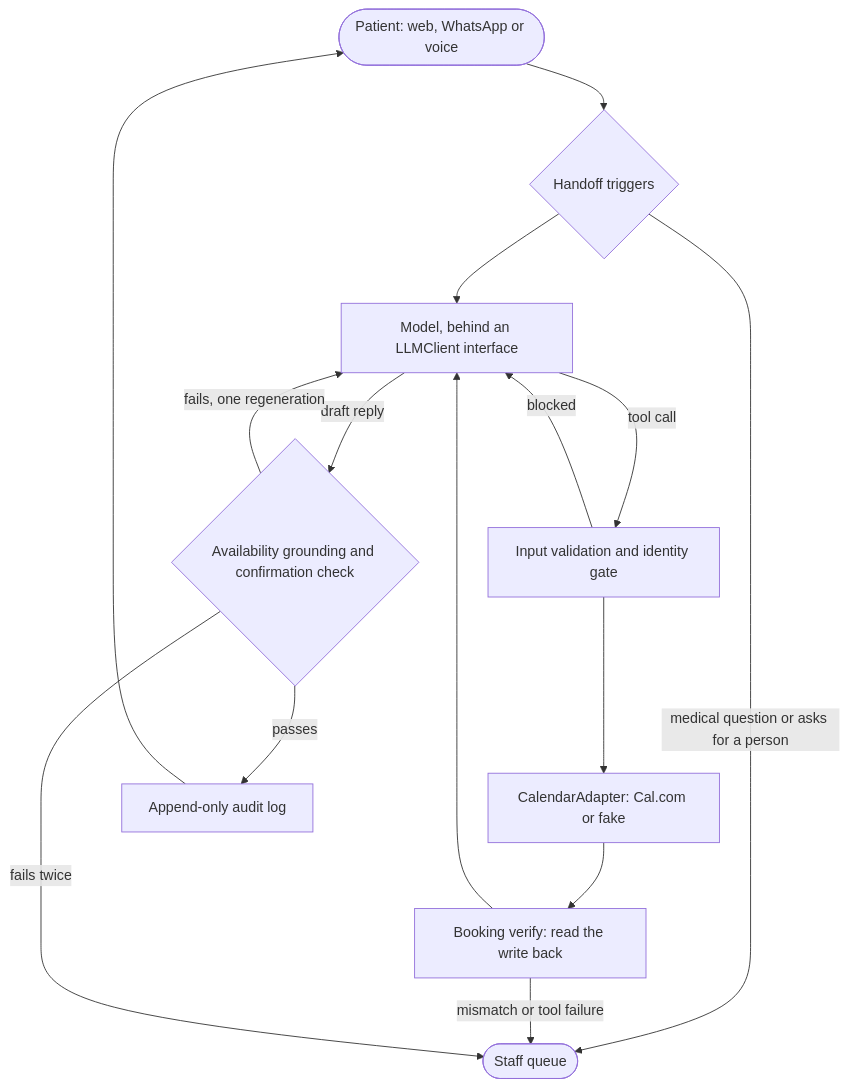
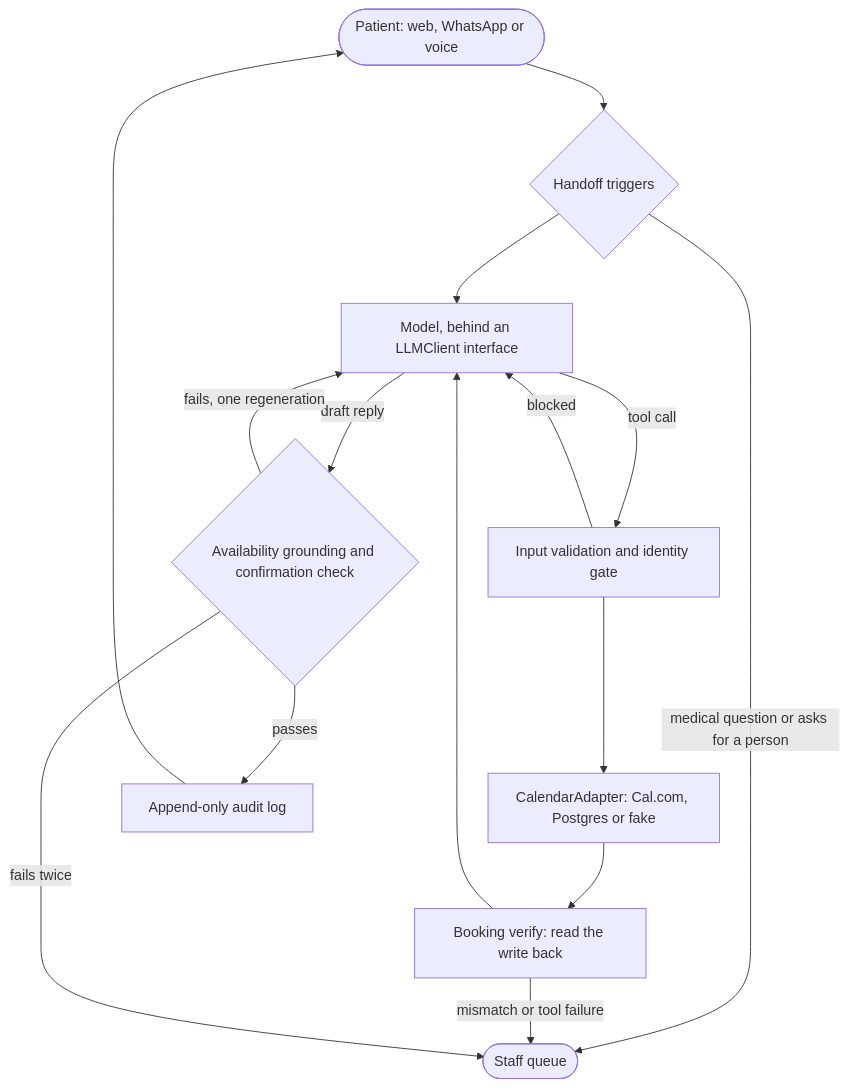
One commit to Artic-Maze/AI_Receptionist_Agent changed the diagram in README.md. Above: the diagram before and after it, drawn with Mermaid. The commit also changed other lines of this file and 20 other files, not shown here.

````diff
--- a/README.md
+++ b/README.md
@@ -27,17 +29,17 @@
 ```mermaid
 flowchart TD
     P([Patient: web, WhatsApp or voice]) --> H{Handoff triggers}
     H -- medical question or asks for a person --> S([Staff queue])
     H --> M[Model, behind an LLMClient interface]
     M -- tool call --> G[Input validation and identity gate]
     G -- blocked --> M
-    G --> C[CalendarAdapter: Cal.com or fake]
+    G --> C[CalendarAdapter: Cal.com, Postgres or fake]
     C --> V[Booking verify: read the write back]
     V -- mismatch or tool failure --> S
     V --> M
     M -- draft reply --> R{Availability grounding and confirmation check}
     R -- fails, one regeneration --> M
     R -- fails twice --> S
     R -- passes --> A[Append-only audit log]
     A --> P
 ```
````
